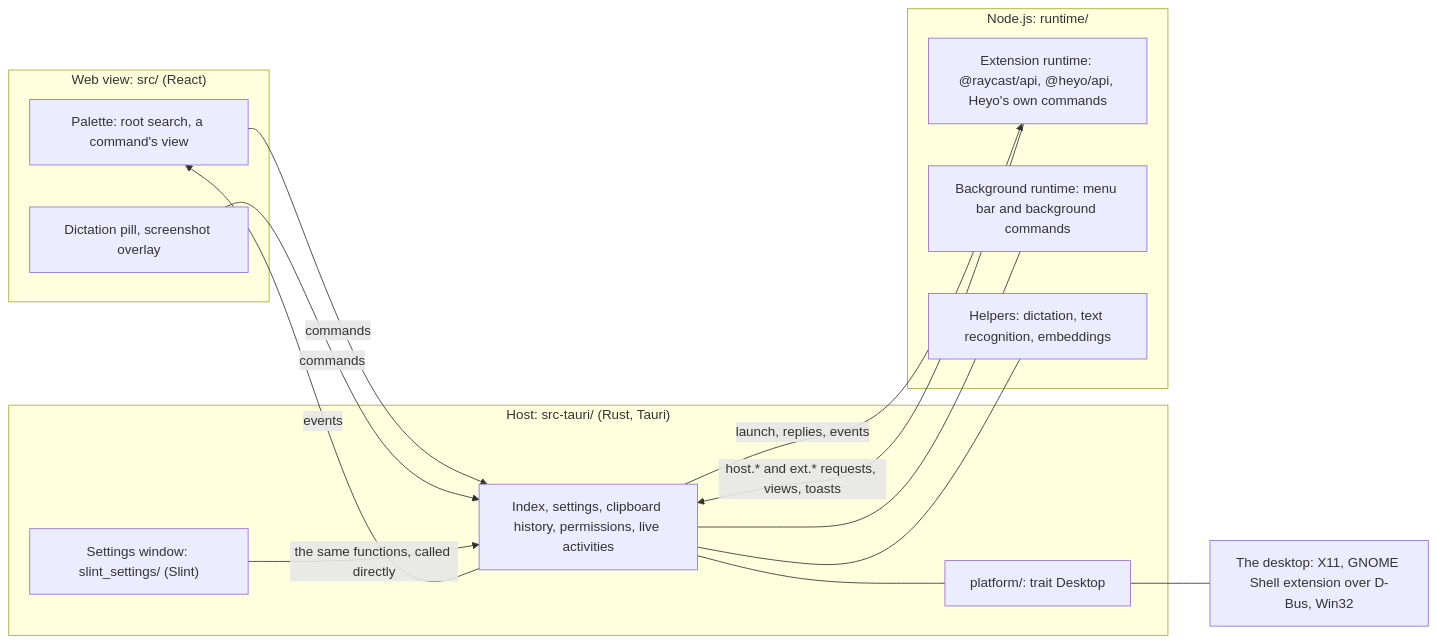
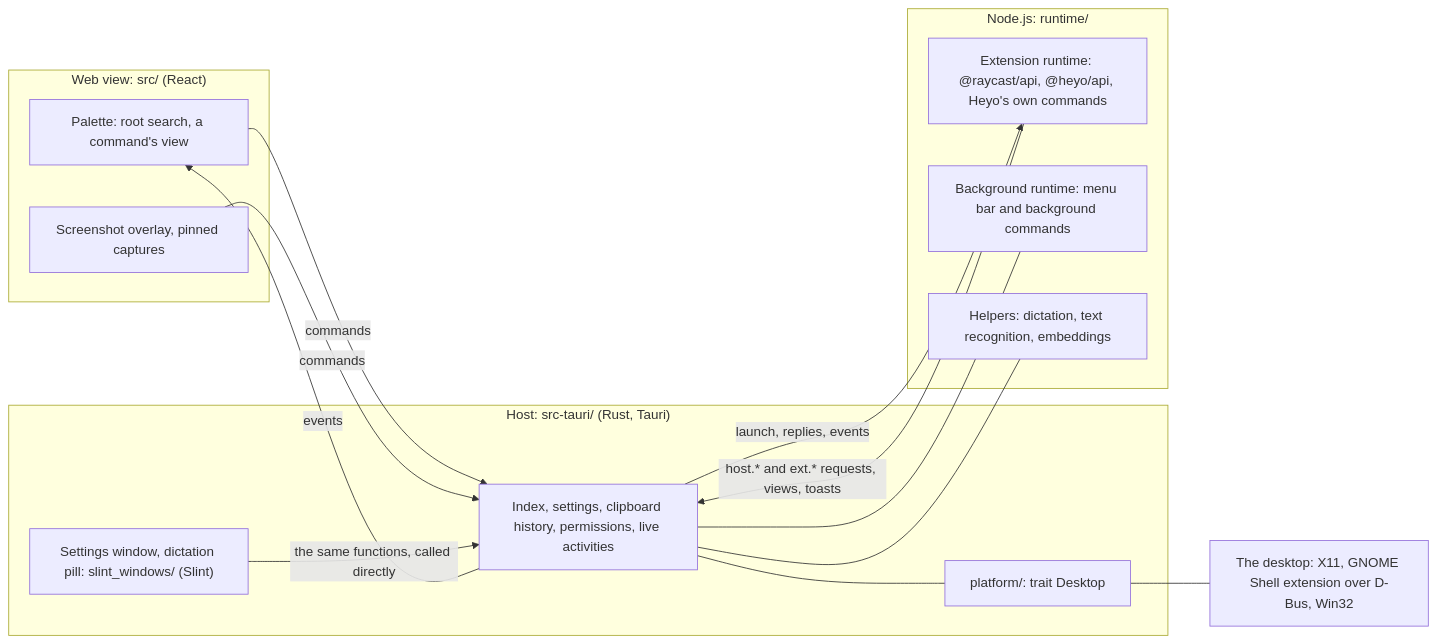
One commit to hdonix/heyo changed the first of 2 diagrams in docs/architecture.md. Above: the diagram before and after it, drawn with Mermaid. The commit also changed other lines of this file and 4 other files, not shown here.

First line of the commit message:
docs: describe the dictation pill as Slint draws it

````diff
--- a/docs/architecture.md
+++ b/docs/architecture.md
@@ -12,29 +12,29 @@
 ```mermaid
 flowchart LR
   subgraph web["Web view: src/ (React)"]
     palette["Palette: root search, a command's view"]
-    windows["Dictation pill, screenshot overlay"]
+    windows["Screenshot overlay, pinned captures"]
   end
   subgraph host["Host: src-tauri/ (Rust, Tauri)"]
     core["Index, settings, clipboard history, permissions, live activities"]
-    settings["Settings window: slint_settings/ (Slint)"]
+    settings["Settings window, dictation pill: slint_windows/ (Slint)"]
     platform["platform/: trait Desktop"]
   end
   subgraph node["Node.js: runtime/"]
     runtime["Extension runtime: @raycast/api, @heyo/api, Heyo's own commands"]
     background["Background runtime: menu bar and background commands"]
     helpers["Helpers: dictation, text recognition, embeddings"]
   end
   desktop["The desktop: X11, GNOME Shell extension over D-Bus, Win32"]
 
   palette -- "commands" --> core
   core -- "events" --> palette
   windows -- "commands" --> core
   settings -- "the same functions, called directly" --> core
   core -- "launch, replies, events" --> runtime
   runtime -- "host.* and ext.* requests, views, toasts" --> core
   core --- background
   core --- helpers
   core --- platform
   platform --- desktop
 ```
````
